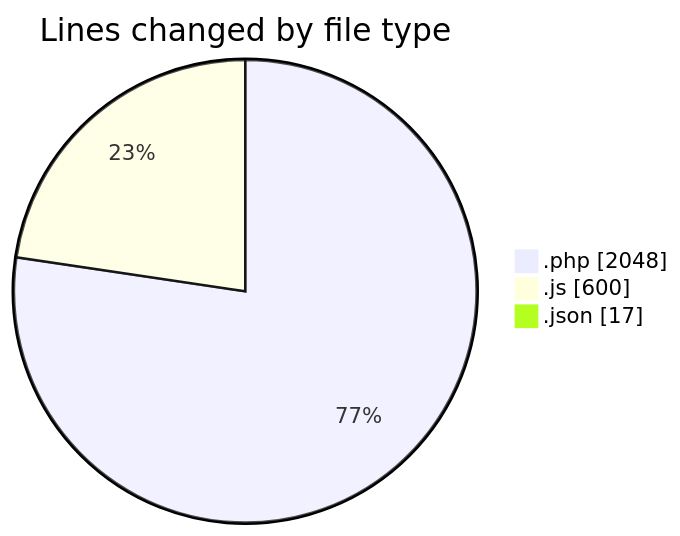
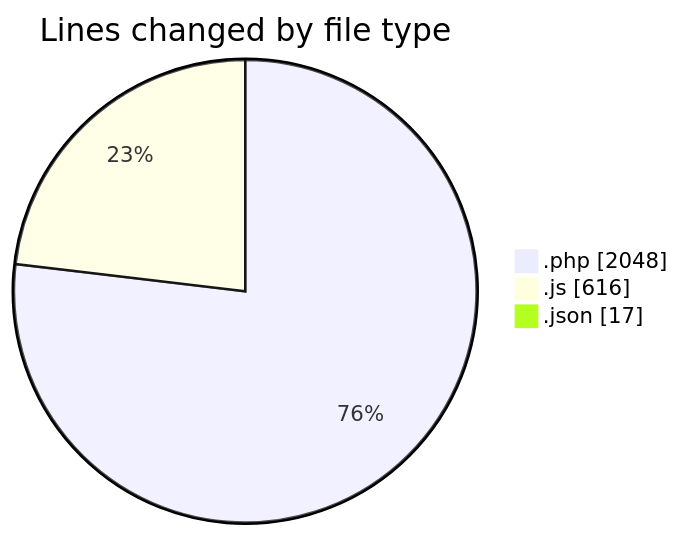
Before and after one commit to debugP/code-tracking: the first of 2 diagrams in 2025-09-30/untitled__workspace_/README.md, drawn with Mermaid. The commit also changed other lines of this file and 1 other file, not shown here.

````diff
--- a/2025-09-30/untitled__workspace_/README.md
+++ b/2025-09-30/untitled__workspace_/README.md
@@ -25,7 +25,7 @@
 ```mermaid
 pie showData
 title Lines changed by file type
 ".php" : 2048
-".js" : 600
+".js" : 616
 ".json" : 17
 ```
````
